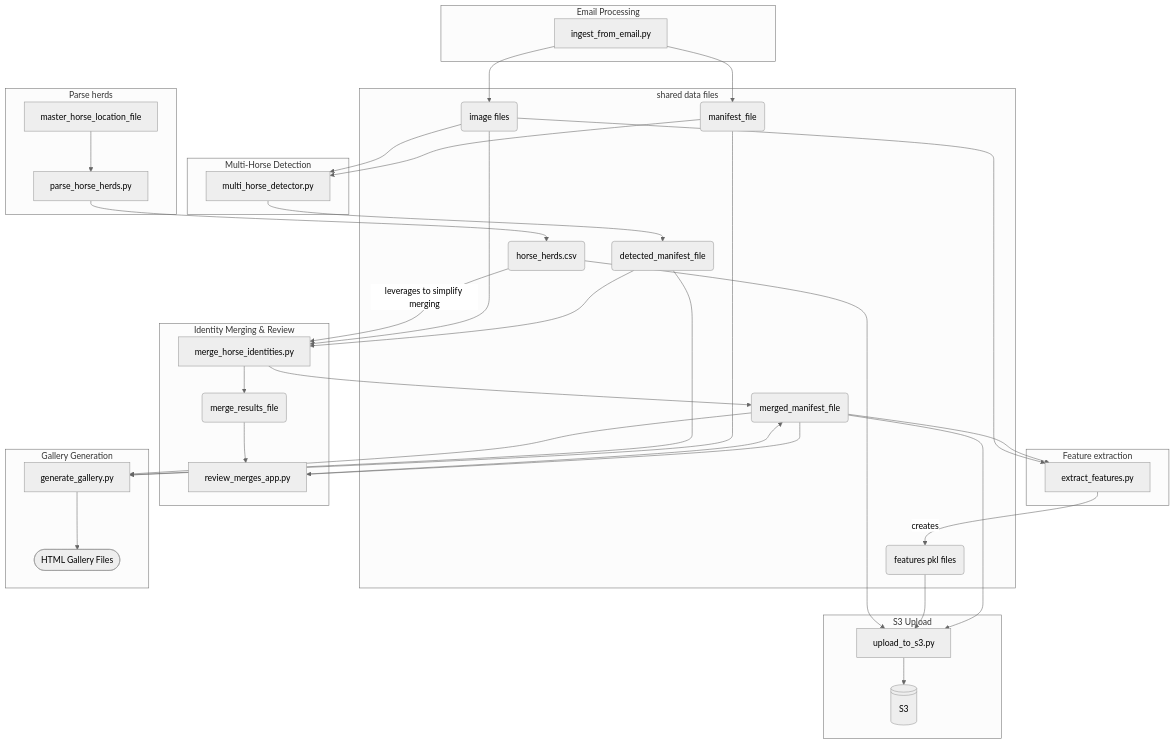
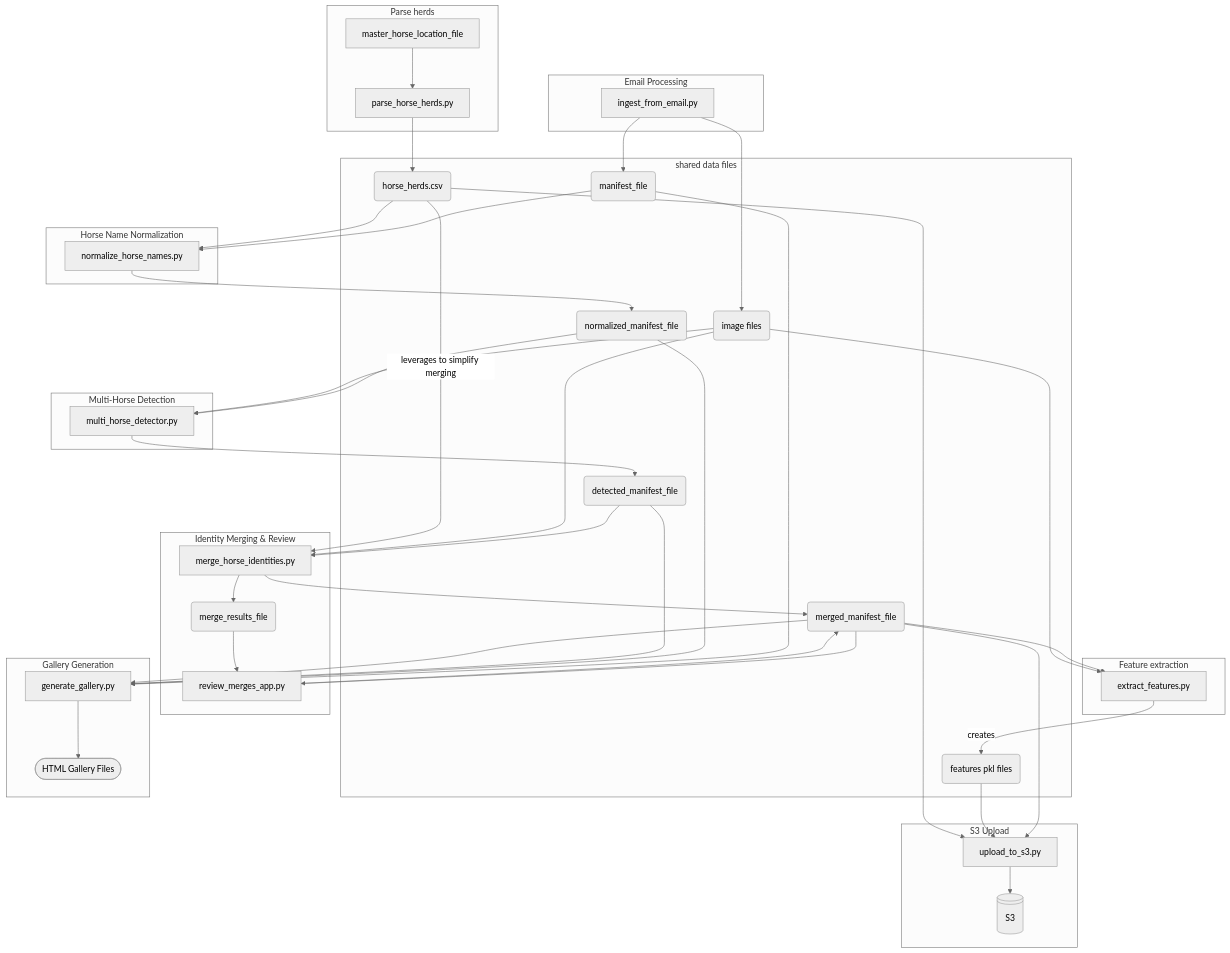
The second of 2 diagrams in README.md (dlleigh/horse-id), drawn with Mermaid (neutral theme) before and after one commit. The commit also changed other lines of this file and 19 other files, not shown here.

````diff
--- a/README.md
+++ b/README.md
@@ -283,62 +303,70 @@
 ```mermaid
 graph TD
 
     subgraph "shared data files"
         manifest_base("manifest_file")
+        manifest_normalized("normalized_manifest_file")
         manifest_detected("detected_manifest_file")
         manifest_merged("merged_manifest_file")
         horse_herds("horse_herds.csv")
         features("features pkl files")
         images("image files")
     end
 
     subgraph "Email Processing"
         email_parser["ingest_from_email.py"] --> manifest_base
         email_parser --> images
     end
 
     subgraph "Parse herds"
         master_horse_location_file --> parser["parse_horse_herds.py"]
         parser --> horse_herds
     end
 
+    subgraph "Horse Name Normalization"
+        manifest_base --> normalizer["normalize_horse_names.py"]
+        horse_herds --> normalizer
+        normalizer --> manifest_normalized
+    end
+
     subgraph "Multi-Horse Detection"
-        manifest_base --> detector["multi_horse_detector.py"]
+        manifest_normalized --> detector["multi_horse_detector.py"]
         images --> detector
         detector --> manifest_detected
     end
 
     subgraph "Feature extraction"
         manifest_merged  --> extractor["extract_features.py"]
         images --> extractor
         extractor -- creates --> features
     end
 
     subgraph "Identity Merging & Review"
         manifest_detected --> merger["merge_horse_identities.py"]
         images --> merger
         merger --> manifest_merged
         merger --> merge_log("merge_results_file")
         manifest_merged --> reviewer["review_merges_app.py"]
         merge_log --> reviewer
         reviewer  --> manifest_merged
         horse_herds -- "leverages to simplify merging"--> merger
     end
 
     subgraph "Gallery Generation"
         manifest_base --> gallery_gen["generate_gallery.py"]
+        manifest_normalized --> gallery_gen
         manifest_detected --> gallery_gen
         manifest_merged --> gallery_gen
         gallery_gen --> html_galleries([HTML Gallery Files])
     end
 
     subgraph "S3 Upload"
         manifest_merged --> uploader["upload_to_s3.py"]
         features --> uploader
         horse_herds --> uploader
         uploader --> S3
     end
 
     S3@{shape: disk}
 
 ```
````
